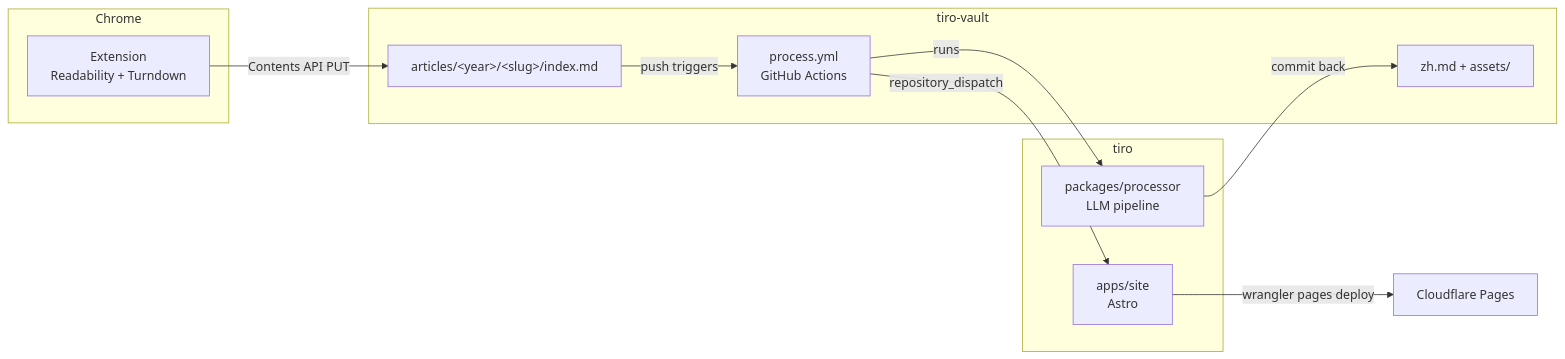
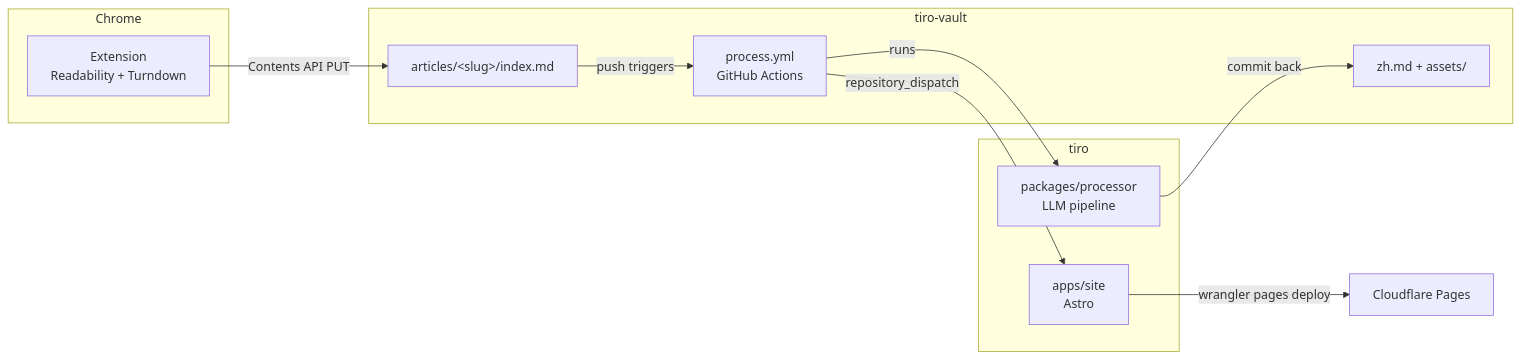
The diagram in docs/architecture.md (hutusi/tiro), drawn with Mermaid before and after one commit. The commit also changed other lines of this file and 29 other files, not shown here.

First line of the commit message:
refactor!: flatten vault layout to articles/<slug>/

````diff
--- a/docs/architecture.md
+++ b/docs/architecture.md
@@ -6,23 +6,23 @@
 ```mermaid
 flowchart LR
     subgraph Chrome
         EXT[Extension\nReadability + Turndown]
     end
     subgraph tiro-vault
-        MD[articles/&lt;year&gt;/&lt;slug&gt;/index.md]
+        MD[articles/&lt;slug&gt;/index.md]
         ZH[zh.md + assets/]
         WF[process.yml\nGitHub Actions]
     end
     subgraph tiro
         PROC[packages/processor\nLLM pipeline]
         SITE[apps/site\nAstro]
     end
     CF[Cloudflare Pages]
 
     EXT -- "Contents API PUT" --> MD
     MD -- "push triggers" --> WF
     WF -- "runs" --> PROC
     PROC -- "commit back" --> ZH
     WF -- "repository_dispatch" --> SITE
     SITE -- "wrangler pages deploy" --> CF
 ```
````
